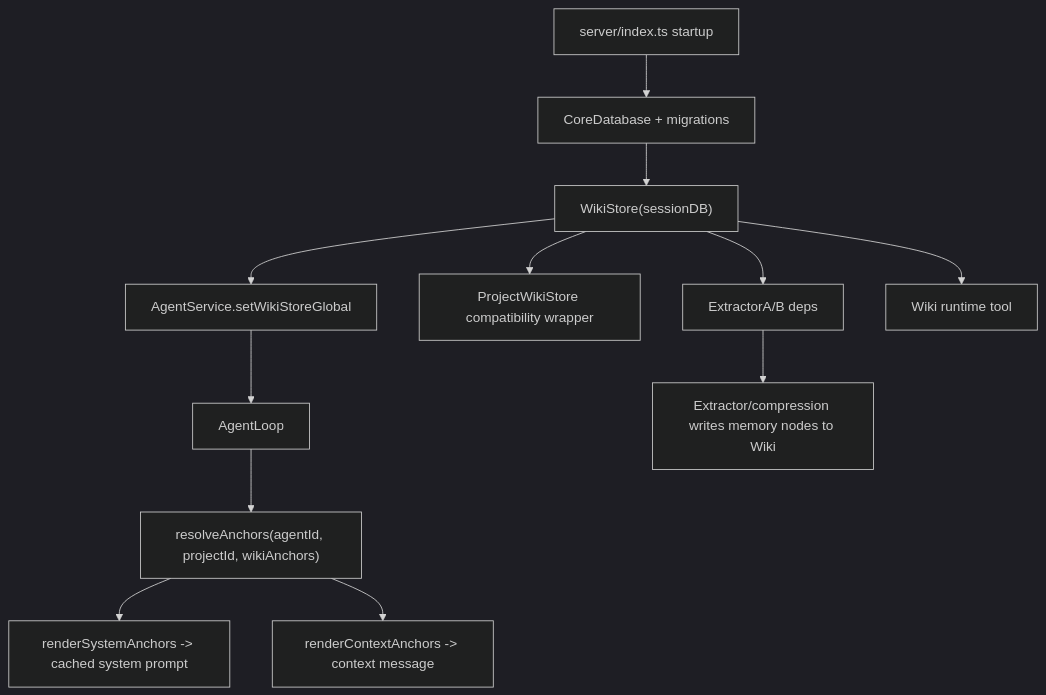
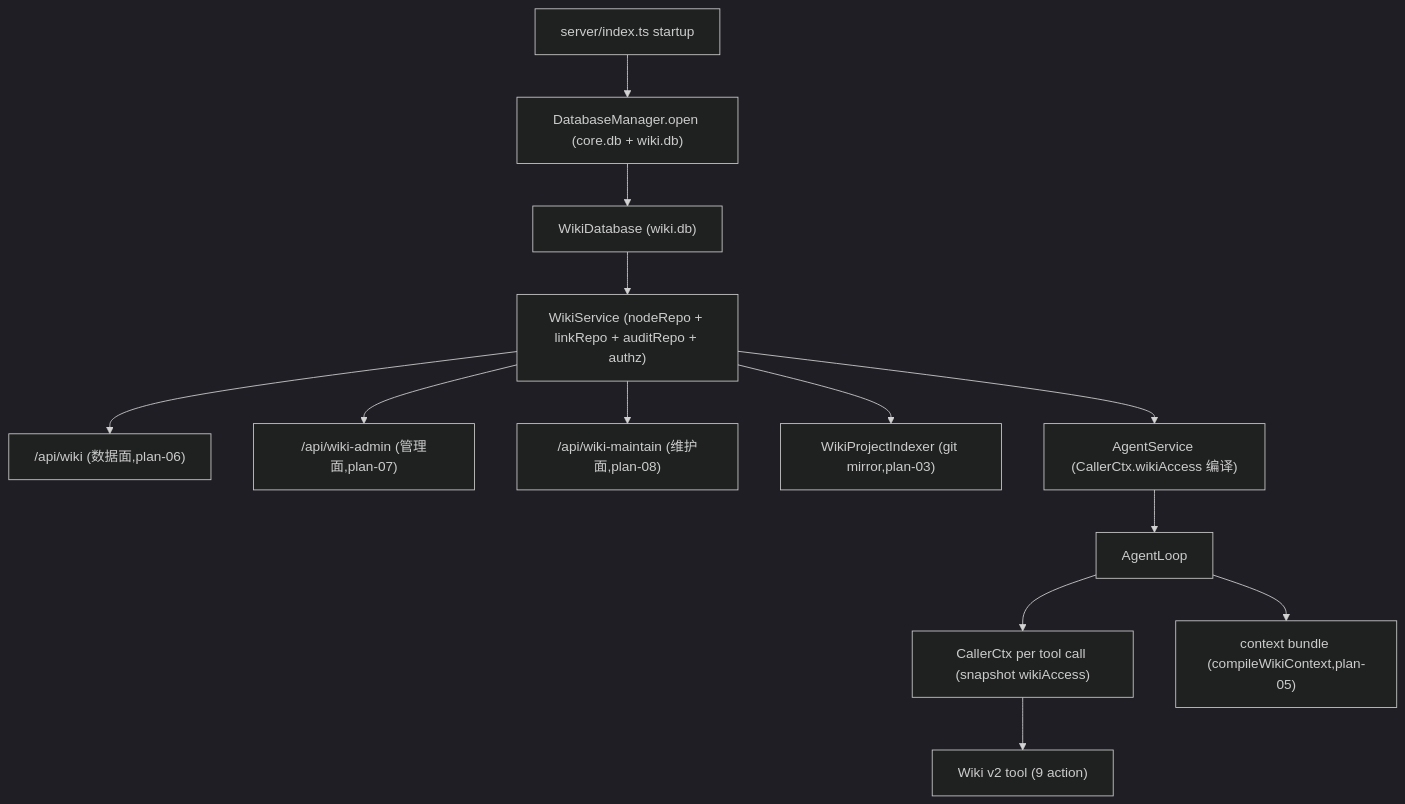
One commit to LanicBlue/zero-core changed the first of 3 diagrams in docs/arch/06-knowledge-subsystems.md. Above: the diagram before and after it, drawn with Mermaid (dark theme). The commit also changed other lines of this file and 82 other files, not shown here.

````diff
--- a/docs/arch/06-knowledge-subsystems.md
+++ b/docs/arch/06-knowledge-subsystems.md
@@ -16,14 +106,15 @@
 ```mermaid
 graph TB
-    Start["server/index.ts startup"] --> DB["CoreDatabase + migrations"]
-    DB --> WikiStore["WikiStore(sessionDB)"]
-    WikiStore --> Extractors["ExtractorA/B deps"]
-    WikiStore --> ProjectCompat["ProjectWikiStore compatibility wrapper"]
-    WikiStore --> AgentService["AgentService.setWikiStoreGlobal"]
+    Start["server/index.ts startup"] --> DB["DatabaseManager.open (core.db + wiki.db)"]
+    DB --> WikiDb["WikiDatabase (wiki.db)"]
+    WikiDb --> WikiService["WikiService (nodeRepo + linkRepo + auditRepo + authz)"]
+    WikiService --> DataApi["/api/wiki (数据面,plan-06)"]
+    WikiService --> AdminApi["/api/wiki-admin (管理面,plan-07)"]
+    WikiService --> MaintainApi["/api/wiki-maintain (维护面,plan-08)"]
+    WikiService --> Indexer["WikiProjectIndexer (git mirror,plan-03)"]
+    WikiService --> AgentService["AgentService (CallerCtx.wikiAccess 编译)"]
     AgentService --> Loop["AgentLoop"]
-    Loop --> Anchors["resolveAnchors(agentId, projectId, wikiAnchors)"]
-    Anchors --> System["renderSystemAnchors -> cached system prompt"]
-    Anchors --> Context["renderContextAnchors -> context message"]
-    WikiStore --> WikiTool["Wiki runtime tool"]
-    Extractors --> MemoryNodes["Extractor/compression writes memory nodes to Wiki"]
+    Loop --> CallerCtx["CallerCtx per tool call (snapshot wikiAccess)"]
+    CallerCtx --> WikiV2Tool["Wiki v2 tool (9 action)"]
+    Loop --> ContextBundle["context bundle (compileWikiContext,plan-05)"]
 ```
````
